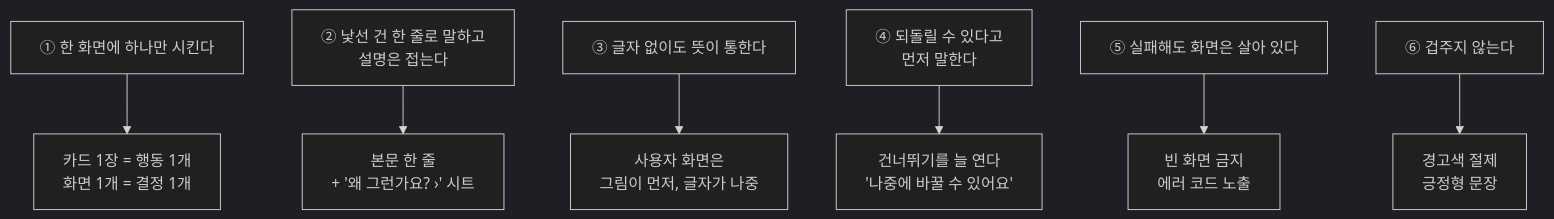
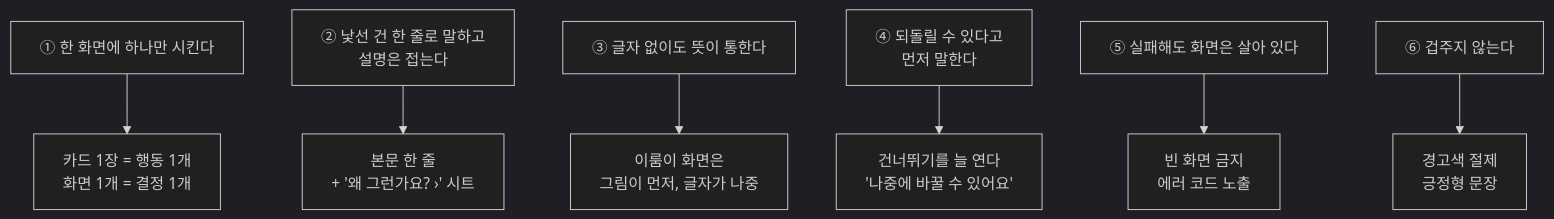
The first of 2 diagrams in docs/08-design-principles.md (Twin-Fang/elum), drawn with Mermaid (dark theme) before and after one commit. The commit also changed other lines of this file and 1 other file, not shown here.

First line of the commit message:
이룸이 화면 : docs : 보상 문구를 마지막 카드일 때만 띄우고 이룸이 폰 로그아웃 메뉴를 넣음

````diff
--- a/docs/08-design-principles.md
+++ b/docs/08-design-principles.md
@@ -39,16 +39,16 @@
 ```mermaid
 flowchart TD
     P1["① 한 화면에 하나만 시킨다"]
     P2["② 낯선 건 한 줄로 말하고<br/>설명은 접는다"]
     P3["③ 글자 없이도 뜻이 통한다"]
     P4["④ 되돌릴 수 있다고<br/>먼저 말한다"]
     P5["⑤ 실패해도 화면은 살아 있다"]
     P6["⑥ 겁주지 않는다"]
 
     P1 --> R1["카드 1장 = 행동 1개<br/>화면 1개 = 결정 1개"]
     P2 --> R2["본문 한 줄<br/>+ '왜 그런가요? ›' 시트"]
-    P3 --> R3["사용자 화면은<br/>그림이 먼저, 글자가 나중"]
+    P3 --> R3["이룸이 화면은<br/>그림이 먼저, 글자가 나중"]
     P4 --> R4["건너뛰기를 늘 연다<br/>'나중에 바꿀 수 있어요'"]
     P5 --> R5["빈 화면 금지<br/>에러 코드 노출"]
     P6 --> R6["경고색 절제<br/>긍정형 문장"]
 ```
````
